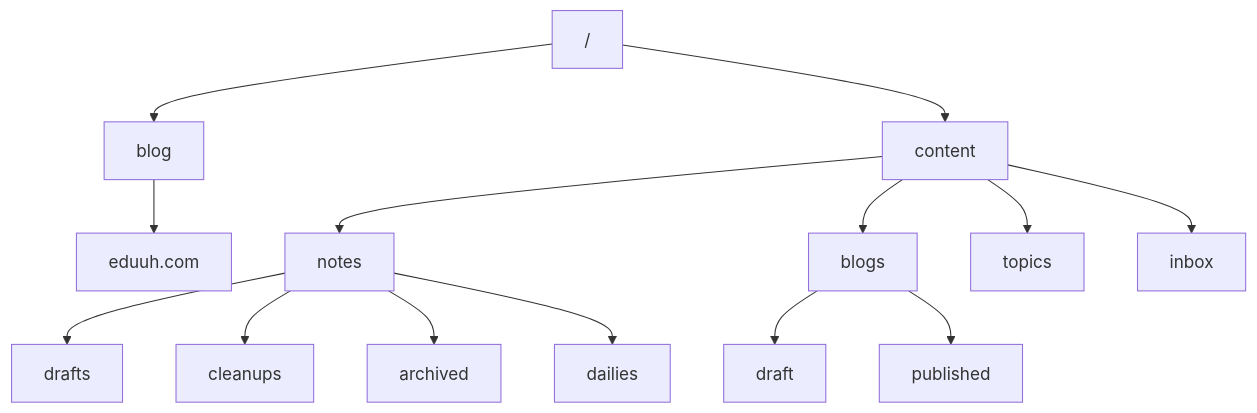
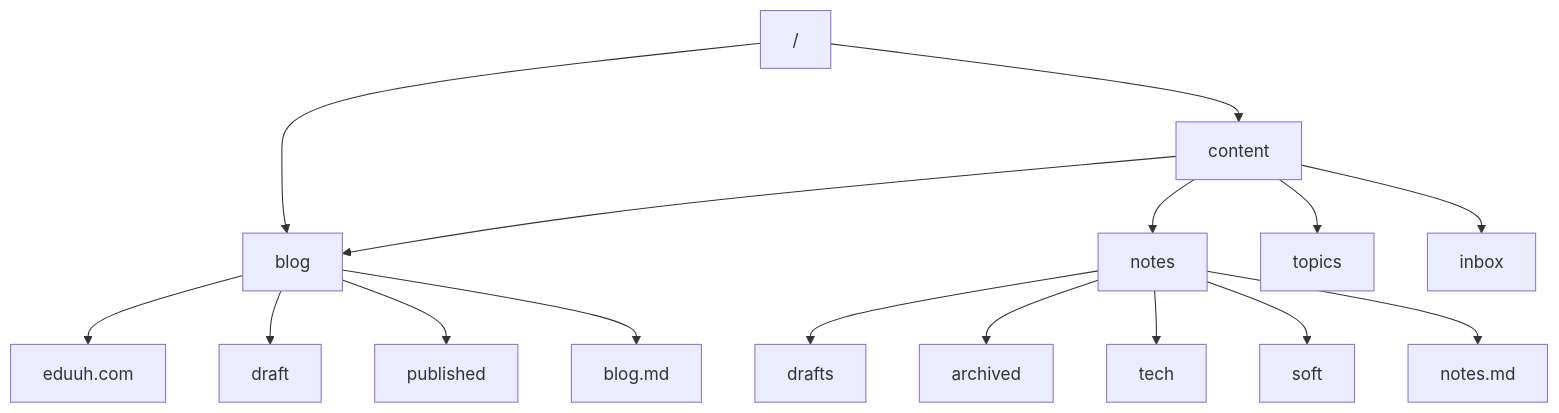
One commit to eduuh/byte_safari changed the diagram in readme.md. Above: the diagram before and after it, drawn with Mermaid. The commit also changed other lines of this file and 49 other files, not shown here.

````diff
--- a/readme.md
+++ b/readme.md
@@ -7,18 +7,20 @@
 ```mermaid
 
 graph TD
     Root["/"]
     Root --> blog --> eduuh.com
     Root --> content
     content  --> notes
-    content --> blogs
+    content --> blog
     content --> topics
     content --> inbox
-    blogs --> draft
-    blogs --> published
+    blog --> draft
+    blog --> published
+    blog --> blog.md
     notes --> drafts
-    notes --> cleanups
     notes --> archived
-    notes --> dailies
+    notes --> tech
+    notes --> soft
+    notes --> notes.md
 
 ```
````
